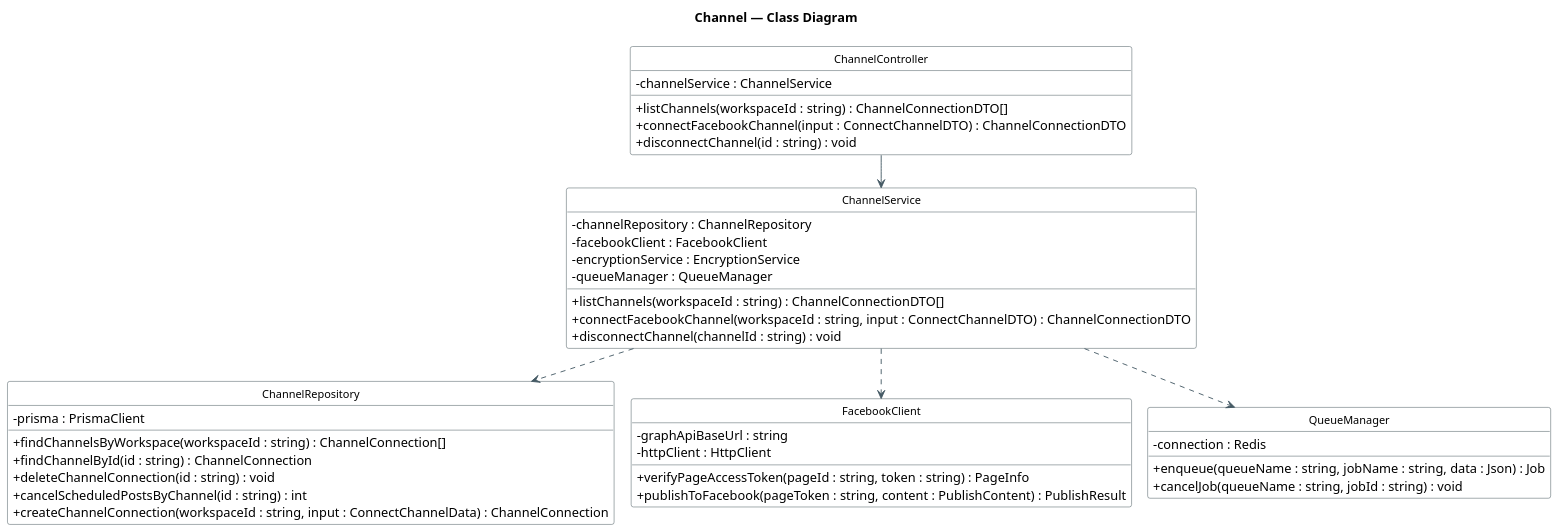
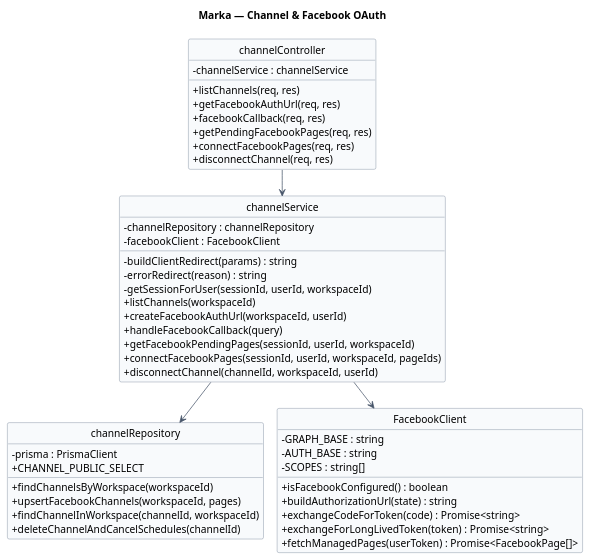
One commit to Pham-Hong-Ky/marka-capstone changed the diagram in docs/diagrams/04-channel.puml. Above: the diagram before and after it, drawn with PlantUML. The commit also changed 64 other files, not shown here.

```diff
--- a/docs/diagrams/04-channel.puml
+++ b/docs/diagrams/04-channel.puml
@@ -1,57 +1,67 @@
 @startuml 04-channel
+hide circle
+hide stereotype
 !pragma layout smetana
-skinparam dpi 120
+title Marka — Channel & Facebook OAuth
+
+skinparam classAttributeIconSize 0
+skinparam linetype ortho
 skinparam shadowing false
-skinparam classAttributeIconSize 0
-skinparam packageStyle rectangle
+skinparam defaultFontName Arial
+skinparam nodesep 24
+skinparam ranksep 40
 skinparam class {
-  BackgroundColor #FFFFFF
-  BorderColor #37474F
-  ArrowColor #455A64
-  FontSize 12
-}
-hide circle
-title Channel — Class Diagram
-
-class ChannelController {
-  - channelService : ChannelService
-  + listChannels(workspaceId : string) : ChannelConnectionDTO[]
-  + connectFacebookChannel(input : ConnectChannelDTO) : ChannelConnectionDTO
-  + disconnectChannel(id : string) : void
-}
-class ChannelService {
-  - channelRepository : ChannelRepository
-  - facebookClient : FacebookClient
-  - encryptionService : EncryptionService
-  - queueManager : QueueManager
-  + listChannels(workspaceId : string) : ChannelConnectionDTO[]
-  + connectFacebookChannel(workspaceId : string, input : ConnectChannelDTO) : ChannelConnectionDTO
-  + disconnectChannel(channelId : string) : void
-}
-class ChannelRepository {
-  - prisma : PrismaClient
-  + findChannelsByWorkspace(workspaceId : string) : ChannelConnection[]
-  + findChannelById(id : string) : ChannelConnection
-  + deleteChannelConnection(id : string) : void
-  + cancelScheduledPostsByChannel(id : string) : int
-  + createChannelConnection(workspaceId : string, input : ConnectChannelData) : ChannelConnection
+  BackgroundColor #F8FAFC
+  BorderColor #64748B
+  ArrowColor #475569
 }
 
-class FacebookClient {
-  - graphApiBaseUrl : string
-  - httpClient : HttpClient
-  + verifyPageAccessToken(pageId : string, token : string) : PageInfo
-  + publishToFacebook(pageToken : string, content : PublishContent) : PublishResult
+class "channelController" as channelController {
+  - channelService : channelService
+  + listChannels(req, res)
+  + getFacebookAuthUrl(req, res)
+  + facebookCallback(req, res)
+  + getPendingFacebookPages(req, res)
+  + connectFacebookPages(req, res)
+  + disconnectChannel(req, res)
 }
 
-class QueueManager {
-  - connection : Redis
-  + enqueue(queueName : string, jobName : string, data : Json) : Job
-  + cancelJob(queueName : string, jobId : string) : void
+class "channelService" as channelService {
+  - channelRepository : channelRepository
+  - facebookClient : FacebookClient
+  - buildClientRedirect(params) : string
+  - errorRedirect(reason) : string
+  - getSessionForUser(sessionId, userId, workspaceId)
+  + listChannels(workspaceId)
+  + createFacebookAuthUrl(workspaceId, userId)
+  + handleFacebookCallback(query)
+  + getFacebookPendingPages(sessionId, userId, workspaceId)
+  + connectFacebookPages(sessionId, userId, workspaceId, pageIds)
+  + disconnectChannel(channelId, workspaceId, userId)
 }
 
-ChannelController --> ChannelService
-ChannelService ..> ChannelRepository
-ChannelService ..> FacebookClient
-ChannelService ..> QueueManager
+class "channelRepository" as channelRepository {
+  - prisma : PrismaClient
+  + CHANNEL_PUBLIC_SELECT
+  + findChannelsByWorkspace(workspaceId)
+  + upsertFacebookChannels(workspaceId, pages)
+  + findChannelInWorkspace(channelId, workspaceId)
+  + deleteChannelAndCancelSchedules(channelId)
+}
+
+class "FacebookClient" as facebookClient {
+  - GRAPH_BASE : string
+  - AUTH_BASE : string
+  - SCOPES : string[]
+  + isFacebookConfigured() : boolean
+  + buildAuthorizationUrl(state) : string
+  + exchangeCodeForToken(code) : Promise<string>
+  + exchangeForLongLivedToken(token) : Promise<string>
+  + fetchManagedPages(userToken) : Promise<FacebookPage[]>
+}
+
+channelController --> channelService
+channelService --> channelRepository
+channelService --> facebookClient
+
 @enduml
```
